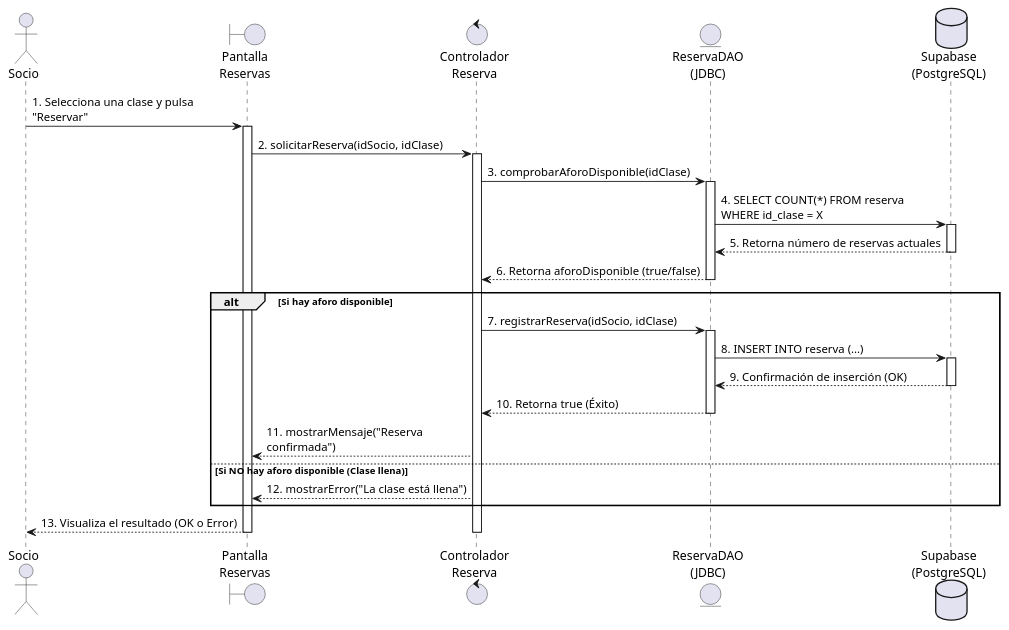
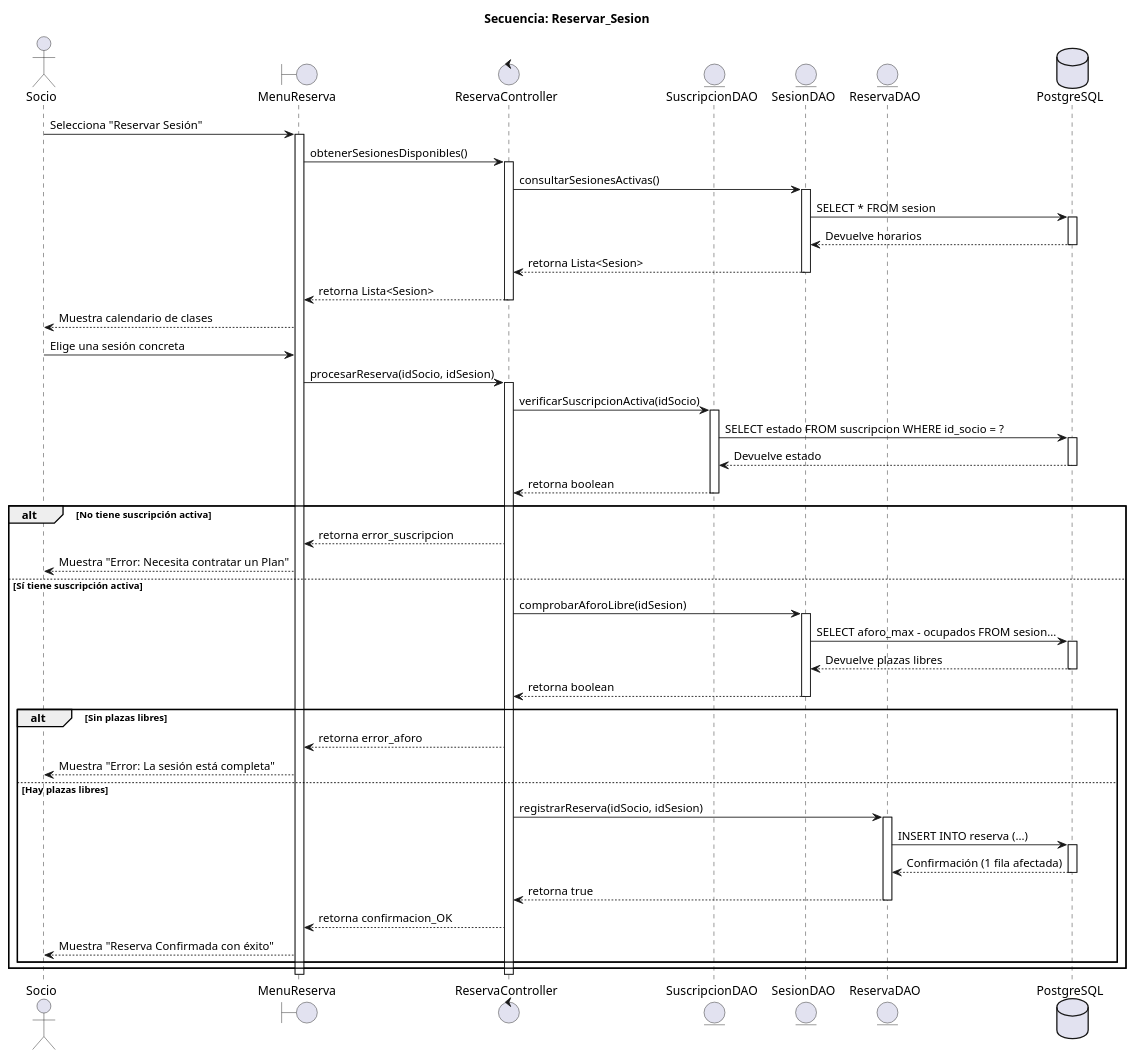
Before and after one commit to FerminGarridoMartinDAM/ProyectoInterModular1DAMAppGimnasio: the diagram in docs/diagramasUML/DiagramasSecuencias/Secuencia_Reservar_Sesion.puml, drawn with PlantUML. The commit also changed 30 other files, not shown here.

Commit message:
docs(uml): rediseñar diagramas de clases, secuencias y actividades adaptados al nuevo modelo

```diff
--- a/docs/diagramasUML/DiagramasSecuencias/Secuencia_Reservar_Sesion.puml
+++ b/docs/diagramasUML/DiagramasSecuencias/Secuencia_Reservar_Sesion.puml
@@ -1,59 +1,87 @@
 @startuml
-' Ajustes estéticos para que se vea más limpio
-skinparam maxMessageSize 250
+title Secuencia: Reservar_Sesion
 
+' --- PARTICIPANTES ---
+actor Socio
+boundary "MenuReserva" as Vista
+control "ReservaController" as Controlador
+entity "SuscripcionDAO" as SuscDAO
+entity "SesionDAO" as SesionDAO
+entity "ReservaDAO" as ResDAO
+database "PostgreSQL" as BD
 
-' Definición de los participantes (De izquierda a derecha)
-actor Socio as socio
-boundary "Pantalla\nReservas" as vista
-control "Controlador\nReserva" as controlador
-entity "ReservaDAO\n(JDBC)" as dao
-database "Supabase\n(PostgreSQL)" as db
+' --- FLUJO 1: Mostrar Catálogo ---
+Socio -> Vista: Selecciona "Reservar Sesión"
+activate Vista
 
-' Inicio de la interacción
-socio -> vista : 1. Selecciona una clase y pulsa "Reservar"
-activate vista
+Vista -> Controlador: obtenerSesionesDisponibles()
+activate Controlador
 
-vista -> controlador : 2. solicitarReserva(idSocio, idClase)
-activate controlador
+Controlador -> SesionDAO: consultarSesionesActivas()
+activate SesionDAO
+SesionDAO -> BD: SELECT * FROM sesion
+activate BD
+BD --> SesionDAO: Devuelve horarios
+deactivate BD
+SesionDAO --> Controlador: retorna Lista<Sesion>
+deactivate SesionDAO
 
-' El controlador verifica primero si hay hueco
-controlador -> dao : 3. comprobarAforoDisponible(idClase)
-activate dao
+Controlador --> Vista: retorna Lista<Sesion>
+deactivate Controlador
 
-dao -> db : 4. SELECT COUNT(*) FROM reserva WHERE id_clase = X
-activate db
-db --> dao : 5. Retorna número de reservas actuales
-deactivate db
+Vista --> Socio: Muestra calendario de clases
 
-dao --> controlador : 6. Retorna aforoDisponible (true/false)
-deactivate dao
+' --- FLUJO 2: Proceso de Reserva ---
+Socio -> Vista: Elige una sesión concreta
+Vista -> Controlador: procesarReserva(idSocio, idSesion)
+activate Controlador
 
-' Bifurcación lógica (¿Hay sitio o no?)
-alt Si hay aforo disponible
+' Validación 1: Suscripción
+Controlador -> SuscDAO: verificarSuscripcionActiva(idSocio)
+activate SuscDAO
+SuscDAO -> BD: SELECT estado FROM suscripcion WHERE id_socio = ?
+activate BD
+BD --> SuscDAO: Devuelve estado
+deactivate BD
+SuscDAO --> Controlador: retorna boolean
+deactivate SuscDAO
 
-    controlador -> dao : 7. registrarReserva(idSocio, idClase)
-    activate dao
-    
-    dao -> db : 8. INSERT INTO reserva (...)
-    activate db
-    db --> dao : 9. Confirmación de inserción (OK)
-    deactivate db
-    
-    dao --> controlador : 10. Retorna true (Éxito)
-    deactivate dao
-    
-    controlador --> vista : 11. mostrarMensaje("Reserva confirmada")
-    
-else Si NO hay aforo disponible (Clase llena)
+alt No tiene suscripción activa
+    Controlador --> Vista: retorna error_suscripcion
+    Vista --> Socio: Muestra "Error: Necesita contratar un Plan"
 
-    controlador --> vista : 12. mostrarError("La clase está llena")
-    
+else Sí tiene suscripción activa
+    ' Validación 2: Aforo
+    Controlador -> SesionDAO: comprobarAforoLibre(idSesion)
+    activate SesionDAO
+    SesionDAO -> BD: SELECT aforo_max - ocupados FROM sesion...
+    activate BD
+    BD --> SesionDAO: Devuelve plazas libres
+    deactivate BD
+    SesionDAO --> Controlador: retorna boolean
+    deactivate SesionDAO
+
+    alt Sin plazas libres
+        Controlador --> Vista: retorna error_aforo
+        Vista --> Socio: Muestra "Error: La sesión está completa"
+        
+    else Hay plazas libres
+        ' Inserción final
+        Controlador -> ResDAO: registrarReserva(idSocio, idSesion)
+        activate ResDAO
+        ResDAO -> BD: INSERT INTO reserva (...)
+        activate BD
+        BD --> ResDAO: Confirmación (1 fila afectada)
+        deactivate BD
+        ResDAO --> Controlador: retorna true
+        deactivate ResDAO
+        
+        Controlador --> Vista: retorna confirmacion_OK
+        Vista --> Socio: Muestra "Reserva Confirmada con éxito"
+    end
 end
 
-' Fin de la interacción
-vista --> socio : 13. Visualiza el resultado (OK o Error)
-deactivate controlador
-deactivate vista
+deactivate Controlador
+deactivate Vista
 
 @enduml
```
